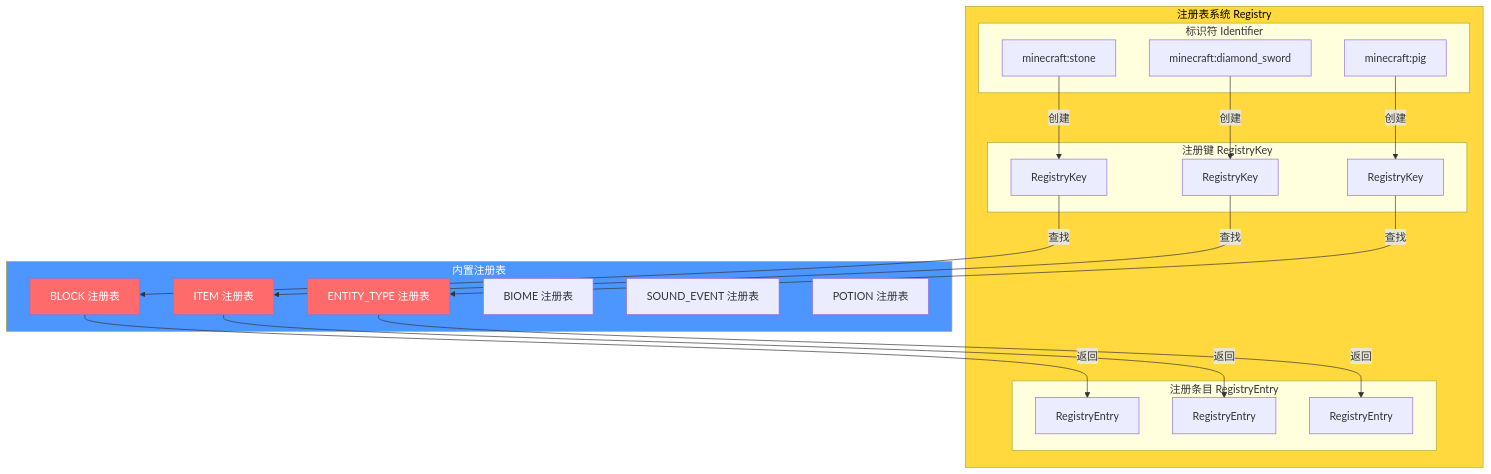
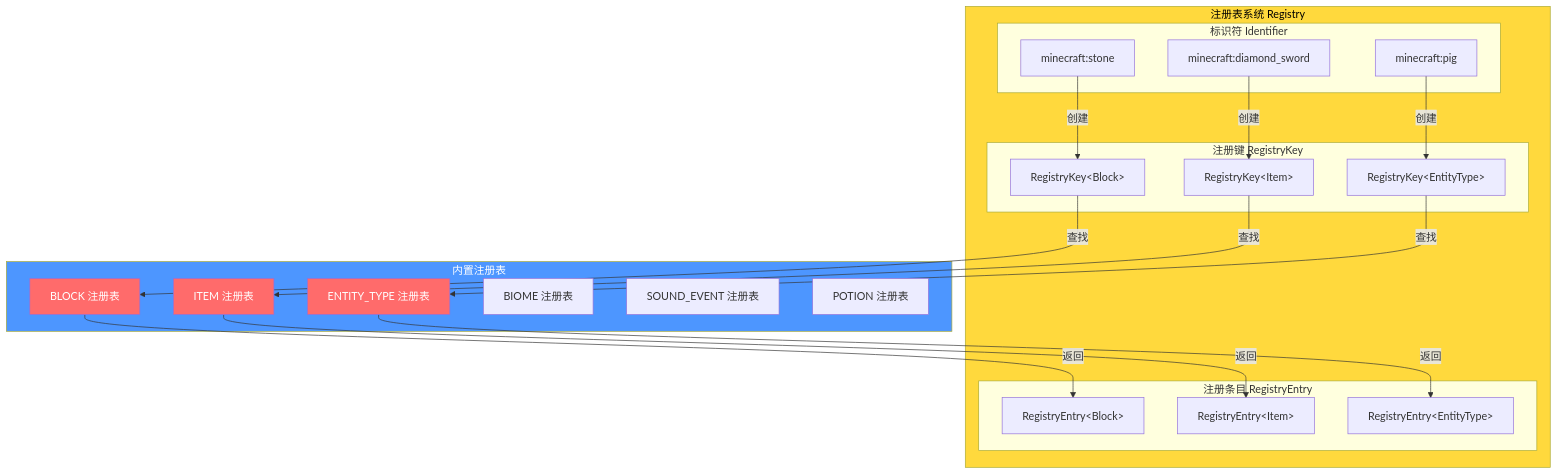
The fifth of 11 diagrams in content/mc/1.21/core/-/tutorials/01-LEARNING-ROADMAP.md (BaiGave/Minecraft-Learning), drawn with Mermaid before and after one commit. The commit also changed 17 other files, not shown here.

````diff
--- a/content/mc/1.21/core/-/tutorials/01-LEARNING-ROADMAP.md
+++ b/content/mc/1.21/core/-/tutorials/01-LEARNING-ROADMAP.md
@@ -361,49 +361,49 @@
 ```mermaid
 flowchart TB
     subgraph Registry["注册表系统 Registry"]
         subgraph Identifiers["标识符 Identifier"]
             I1["minecraft:stone"]
             I2["minecraft:diamond_sword"]
             I3["minecraft:pig"]
         end
 
         subgraph Keys["注册键 RegistryKey"]
-            K1["RegistryKey<Block>"]
-            K2["RegistryKey<Item>"]
-            K3["RegistryKey<EntityType>"]
+            K1["RegistryKey#lt;Block#gt;"]
+            K2["RegistryKey#lt;Item#gt;"]
+            K3["RegistryKey#lt;EntityType#gt;"]
         end
 
         subgraph Entries["注册条目 RegistryEntry"]
-            E1["RegistryEntry<Block>"]
-            E2["RegistryEntry<Item>"]
-            E3["RegistryEntry<EntityType>"]
+            E1["RegistryEntry#lt;Block#gt;"]
+            E2["RegistryEntry#lt;Item#gt;"]
+            E3["RegistryEntry#lt;EntityType#gt;"]
         end
     end
 
     subgraph Registries["内置注册表"]
         R1["BLOCK 注册表"]
         R2["ITEM 注册表"]
         R3["ENTITY_TYPE 注册表"]
         R4["BIOME 注册表"]
         R5["SOUND_EVENT 注册表"]
         R6["POTION 注册表"]
     end
 
     I1 -->|创建| K1
     I2 -->|创建| K2
     I3 -->|创建| K3
 
     K1 -->|查找| R1
     K2 -->|查找| R2
     K3 -->|查找| R3
 
     R1 -->|返回| E1
     R2 -->|返回| E2
     R3 -->|返回| E3
 
     style Registry fill:#ffd93d,color:#000
     style Registries fill:#4d96ff,color:#fff
     style R1 fill:#ff6b6b,color:#fff
     style R2 fill:#ff6b6b,color:#fff
     style R3 fill:#ff6b6b,color:#fff
 ```
````
